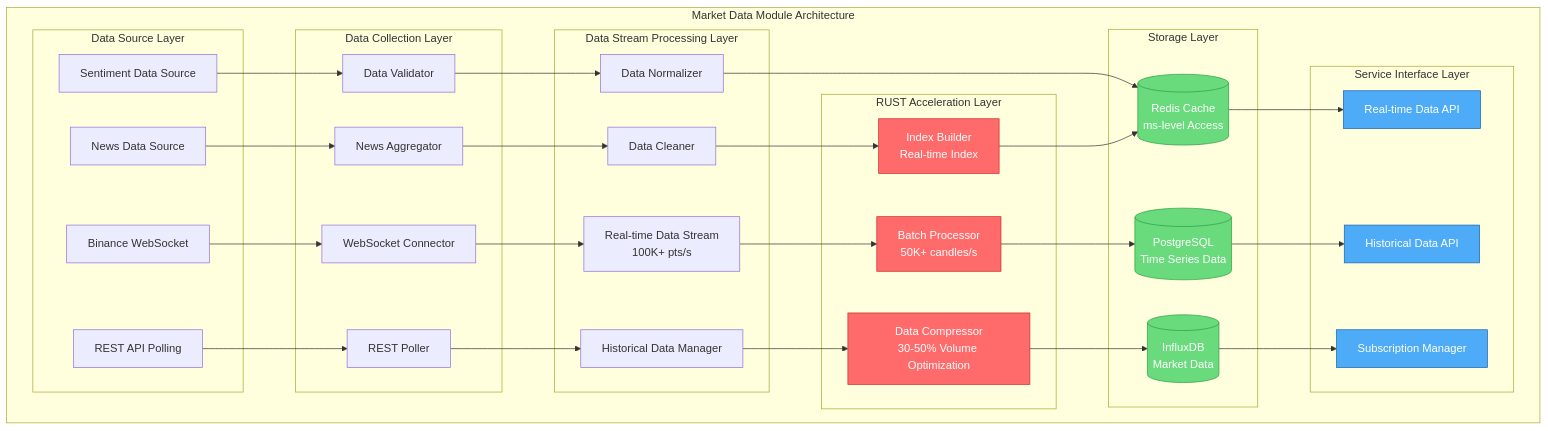
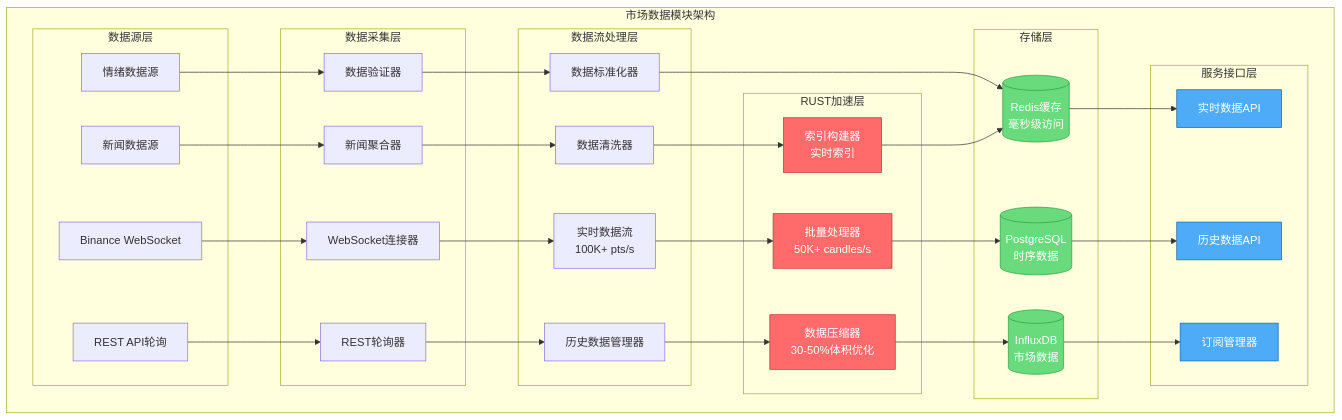
The second of 12 diagrams in README.zh.md (zcxGGmu/DeepAlpha), drawn with Mermaid before and after one commit. The commit also changed other lines of this file and 1 other file, not shown here.

````diff
--- a/README.zh.md
+++ b/README.zh.md
@@ -341,73 +340,73 @@
 ```mermaid
 graph TB
-    subgraph "Market Data Module Architecture"
-        subgraph "Data Source Layer"
+    subgraph "市场数据模块架构"
+        subgraph "数据源层"
             DS1[Binance WebSocket]
-            DS2[REST API Polling]
-            DS3[News Data Source]
-            DS4[Sentiment Data Source]
+            DS2[REST API轮询]
+            DS3[新闻数据源]
+            DS4[情绪数据源]
         end
 
-        subgraph "Data Collection Layer"
-            DC1[WebSocket Connector]
-            DC2[REST Poller]
-            DC3[News Aggregator]
-            DC4[Data Validator]
+        subgraph "数据采集层"
+            DC1[WebSocket连接器]
+            DC2[REST轮询器]
+            DC3[新闻聚合器]
+            DC4[数据验证器]
         end
 
-        subgraph "Data Stream Processing Layer"
-            DP1[Real-time Data Stream<br/>100K+ pts/s]
-            DP2[Historical Data Manager]
-            DP3[Data Cleaner]
-            DP4[Data Normalizer]
+        subgraph "数据流处理层"
+            DP1[实时数据流<br/>100K+ pts/s]
+            DP2[历史数据管理器]
+            DP3[数据清洗器]
+            DP4[数据标准化器]
         end
 
-        subgraph "Storage Layer"
-            ST1[(Redis Cache<br/>ms-level Access)]
-            ST2[(PostgreSQL<br/>Time Series Data)]
-            ST3[(InfluxDB<br/>Market Data)]
+        subgraph "存储层"
+            ST1[(Redis缓存<br/>毫秒级访问)]
+            ST2[(PostgreSQL<br/>时序数据)]
+            ST3[(InfluxDB<br/>市场数据)]
         end
 
-        subgraph "RUST Acceleration Layer"
-            RU1[Batch Processor<br/>50K+ candles/s]
-            RU2[Data Compressor<br/>30-50% Volume Optimization]
-            RU3[Index Builder<br/>Real-time Index]
+        subgraph "RUST加速层"
+            RU1[批量处理器<br/>50K+ candles/s]
+            RU2[数据压缩器<br/>30-50%体积优化]
+            RU3[索引构建器<br/>实时索引]
         end
 
-        subgraph "Service Interface Layer"
-            API1[Real-time Data API]
-            API2[Historical Data API]
-            API3[Subscription Manager]
+        subgraph "服务接口层"
+            API1[实时数据API]
+            API2[历史数据API]
+            API3[订阅管理器]
         end
     end
 
     DS1 --> DC1
     DS2 --> DC2
     DS3 --> DC3
     DS4 --> DC4
 
     DC1 --> DP1
     DC2 --> DP2
     DC3 --> DP3
     DC4 --> DP4
 
     DP1 --> RU1
     DP2 --> RU2
     DP3 --> RU3
     DP4 --> ST1
 
     RU1 --> ST2
     RU2 --> ST3
     RU3 --> ST1
 
     ST1 --> API1
     ST2 --> API2
     ST3 --> API3
 
     classDef rust fill:#ff6b6b,stroke:#c92a2a,color:#fff
     classDef storage fill:#69db7c,stroke:#2f9e44,color:#fff
     classDef api fill:#4dabf7,stroke:#1864ab,color:#fff
     class RU1,RU2,RU3 rust
     class ST1,ST2,ST3 storage
     class API1,API2,API3 api
 ```
````
